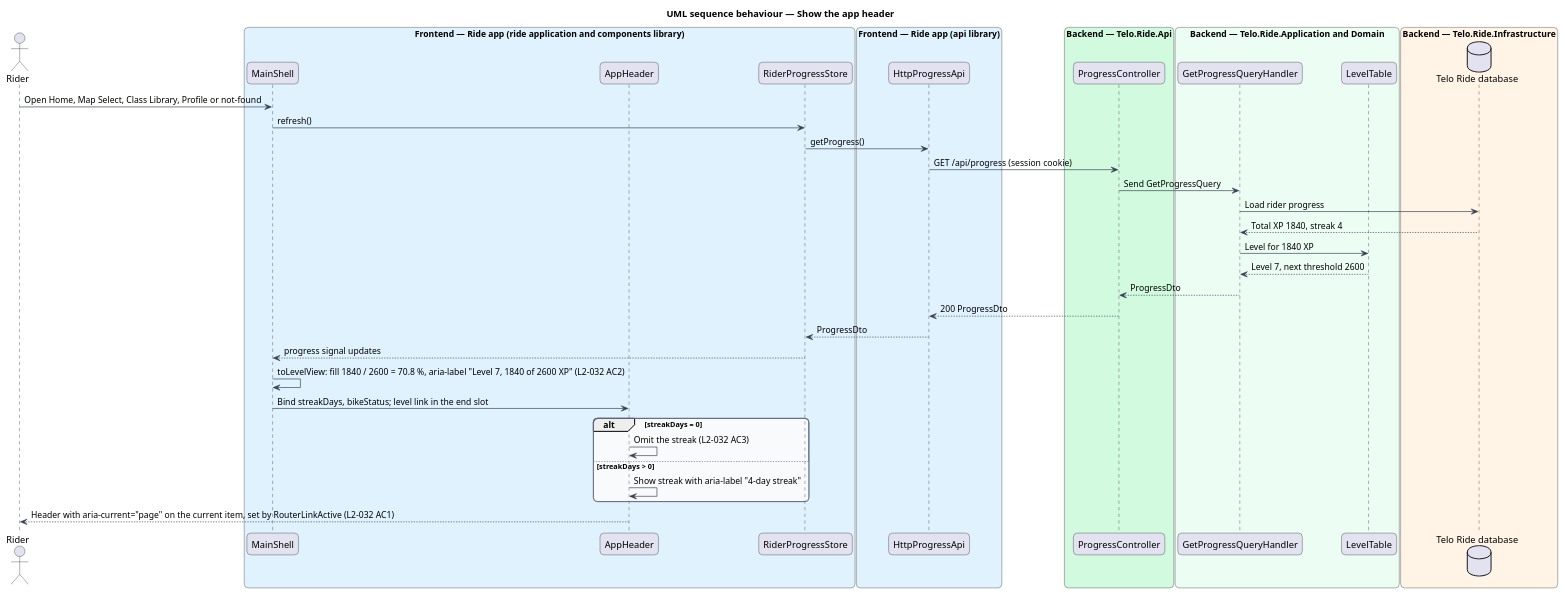
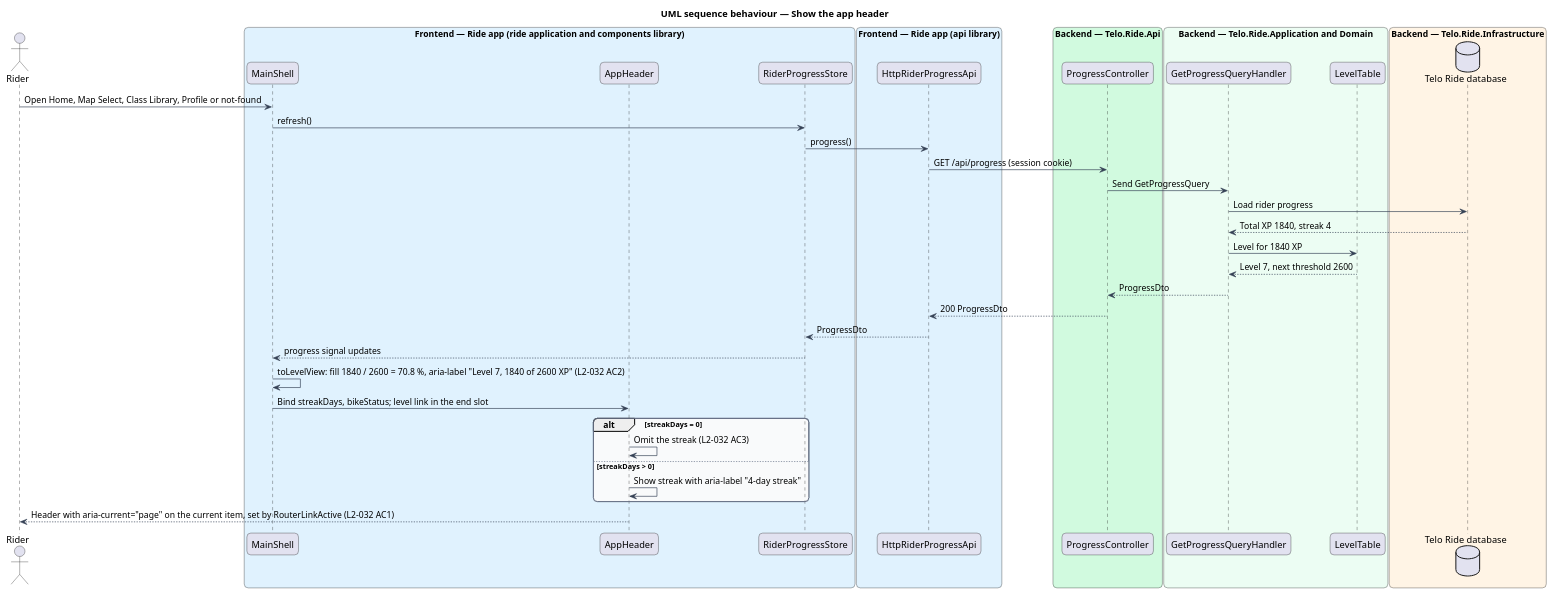
One commit to QuinntyneBrown/ride-one changed the diagram in docs/detailed-designs/home/show-the-app-header/diagrams/sequence-show-header.puml. Above: the diagram before and after it, drawn with PlantUML. The commit also changed 8 other files, not shown here.

```diff
--- a/docs/detailed-designs/home/show-the-app-header/diagrams/sequence-show-header.puml
+++ b/docs/detailed-designs/home/show-the-app-header/diagrams/sequence-show-header.puml
@@ -1,57 +1,57 @@
 @startuml
 title UML sequence behaviour — Show the app header
 skinparam backgroundColor #FFFFFF
 skinparam shadowing false
 skinparam roundcorner 12
 skinparam defaultFontName Arial
 skinparam ArrowColor #344054
 skinparam rectangle {
   BorderColor #344054
   FontColor #101828
 }
 skinparam package {
   BorderColor #667085
   FontColor #101828
   BackgroundColor #F9FAFB
 }
 actor "Rider" as actor
 box "Frontend — Ride app (ride application and components library)" #E0F2FE
   participant "MainShell" as shell
   participant "AppHeader" as apphdr
   participant "RiderProgressStore" as store
 end box
 box "Frontend — Ride app (api library)" #E0F2FE
-  participant "HttpProgressApi" as client
+  participant "HttpRiderProgressApi" as client
 end box
 box "Backend — Telo.Ride.Api" #D1FADF
   participant "ProgressController" as ctrl
 end box
 box "Backend — Telo.Ride.Application and Domain" #ECFDF3
   participant "GetProgressQueryHandler" as handler
   participant "LevelTable" as levels
 end box
 box "Backend — Telo.Ride.Infrastructure" #FFF4E5
   database "Telo Ride database" as db
 end box
 actor -> shell : Open Home, Map Select, Class Library, Profile or not-found
 shell -> store : refresh()
-store -> client : getProgress()
+store -> client : progress()
 client -> ctrl : GET /api/progress (session cookie)
 ctrl -> handler : Send GetProgressQuery
 handler -> db : Load rider progress
 db --> handler : Total XP 1840, streak 4
 handler -> levels : Level for 1840 XP
 levels --> handler : Level 7, next threshold 2600
 handler --> ctrl : ProgressDto
 ctrl --> client : 200 ProgressDto
 client --> store : ProgressDto
 store --> shell : progress signal updates
 shell -> shell : toLevelView: fill 1840 / 2600 = 70.8 %, aria-label "Level 7, 1840 of 2600 XP" (L2-032 AC2)
 shell -> apphdr : Bind streakDays, bikeStatus; level link in the end slot
 alt streakDays = 0
   apphdr -> apphdr : Omit the streak (L2-032 AC3)
 else streakDays > 0
   apphdr -> apphdr : Show streak with aria-label "4-day streak"
 end
 apphdr --> actor : Header with aria-current="page" on the current item, set by RouterLinkActive (L2-032 AC1)
 @enduml
```
